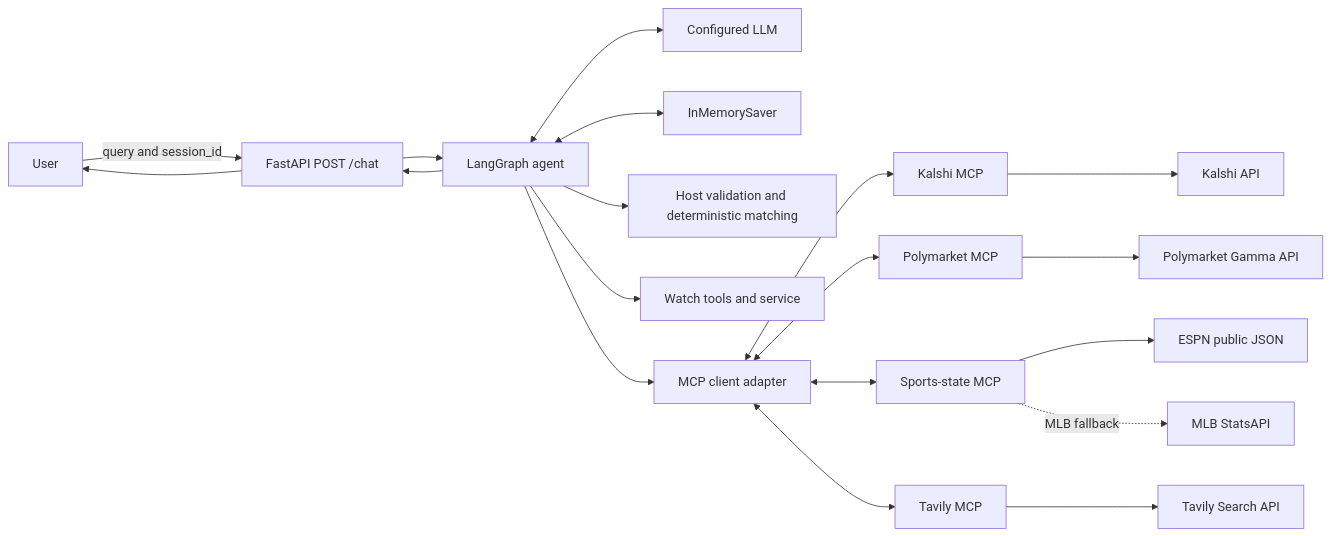
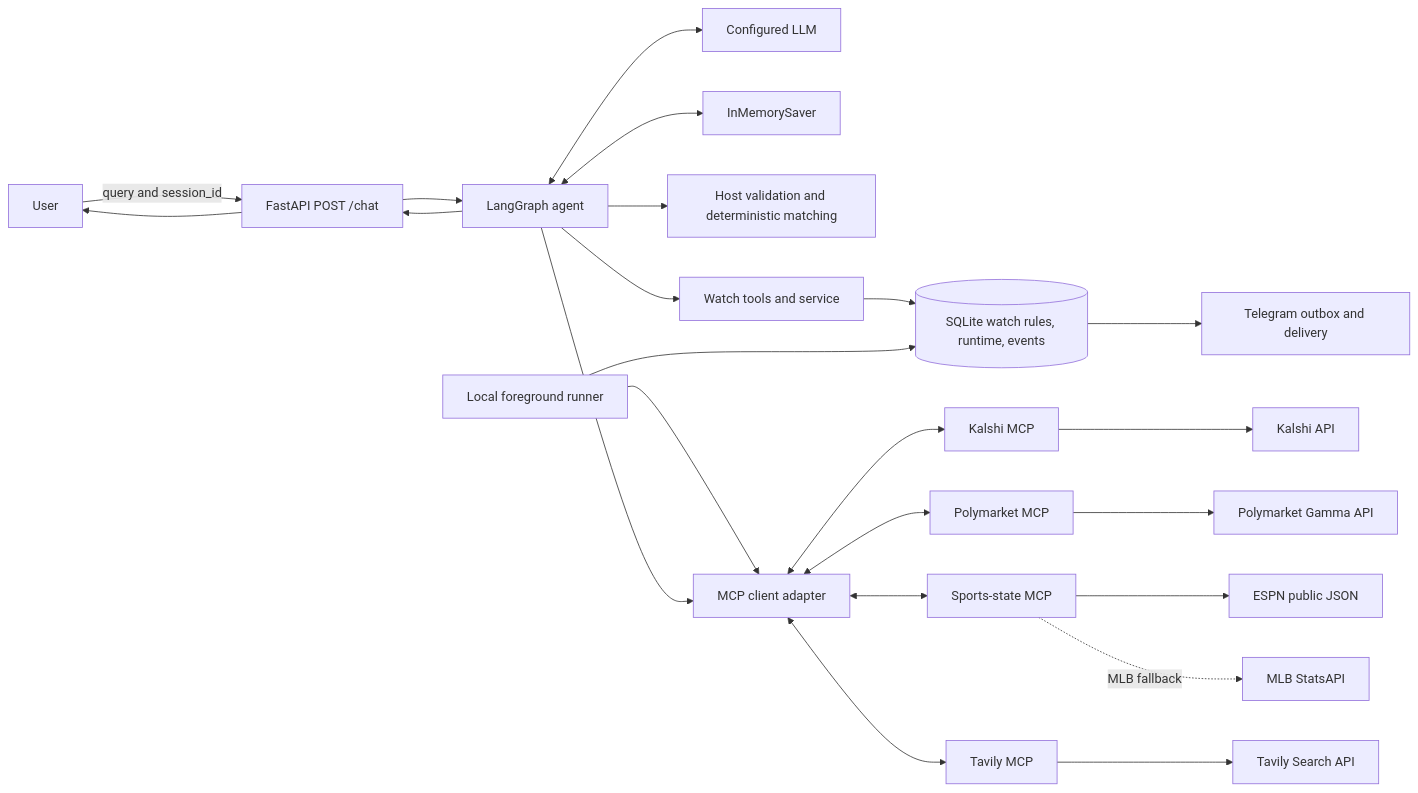
The first of 4 diagrams in README.md (waderylan/prediction-market-agent), drawn with Mermaid before and after one commit. The commit also changed other lines of this file and 9 other files, not shown here.

````diff
--- a/README.md
+++ b/README.md
@@ -228,21 +227,25 @@
 ```mermaid
 flowchart LR
     U[User] -->|query and session_id| F[FastAPI POST /chat]
     F --> G[LangGraph agent]
     G <--> L[Configured LLM]
     G <--> M[InMemorySaver]
     G --> V[Host validation and deterministic matching]
     G --> WA[Watch tools and service]
+    WA --> WR[(SQLite watch rules, runtime, events)]
+    RUN[Local foreground runner] --> WR
+    RUN --> A
+    WR --> OUT[Telegram outbox and delivery]
     G --> A[MCP client adapter]
     A <--> K[Kalshi MCP]
     A <--> P[Polymarket MCP]
     A <--> S[Sports-state MCP]
     A <--> T[Tavily MCP]
     K --> KA[Kalshi API]
     P --> PA[Polymarket Gamma API]
     S --> ESPN[ESPN public JSON]
     S -. MLB fallback .-> MLB[MLB StatsAPI]
     T --> TA[Tavily Search API]
     G --> F
     F --> U
 ```
````
